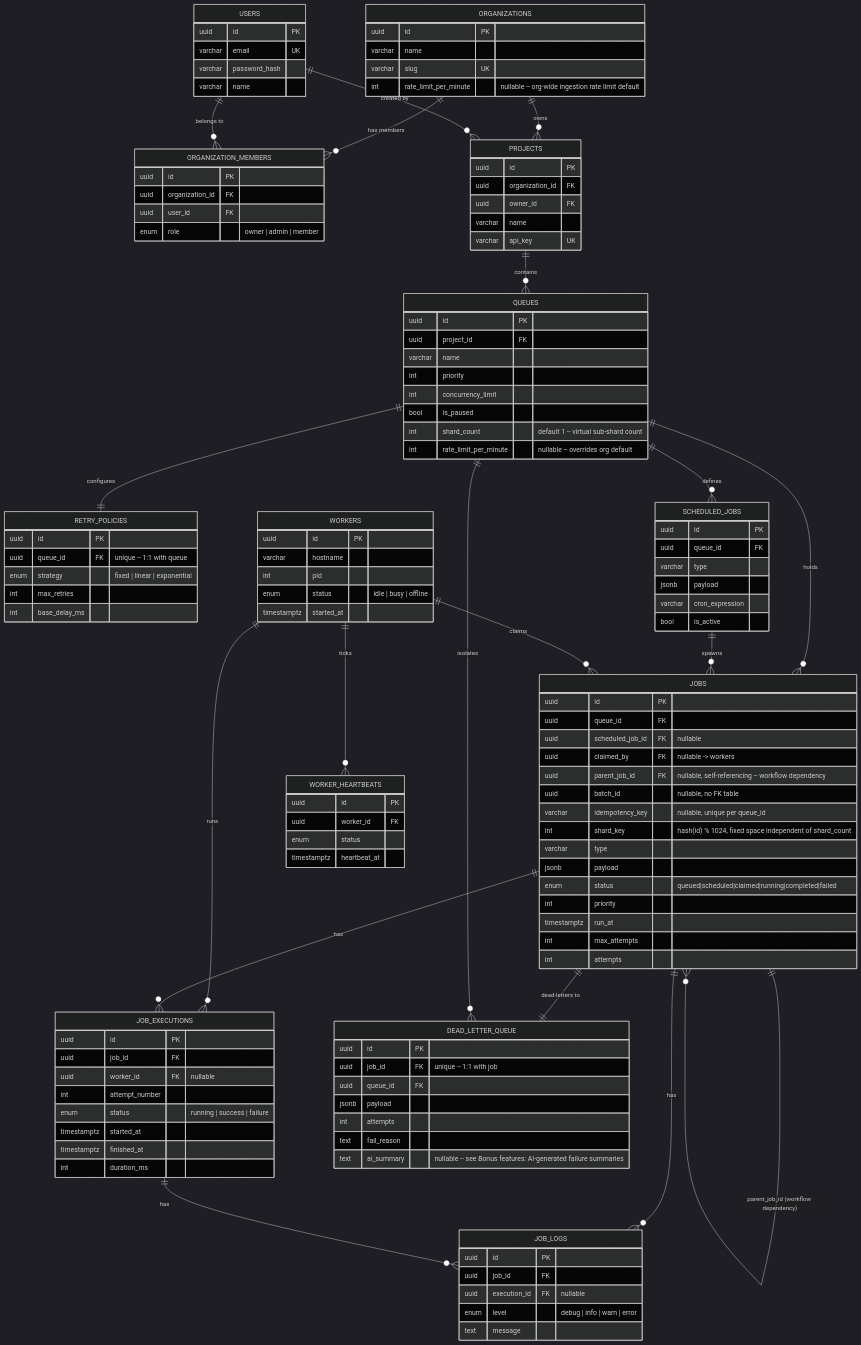
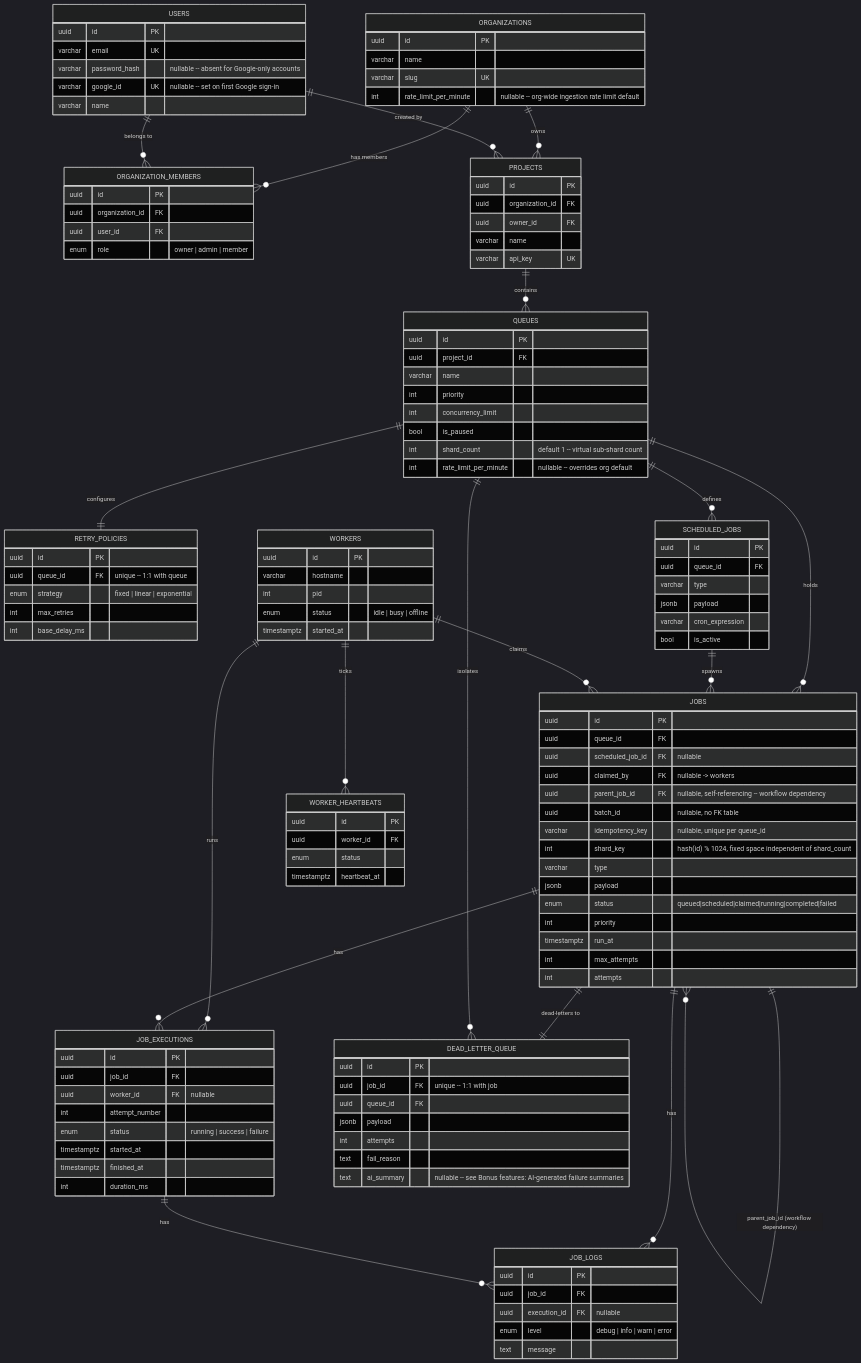
One commit to RachitGandhi13/jobScheduler changed the diagram in README.md. Above: the diagram before and after it, drawn with Mermaid (dark theme). The commit also changed other lines of this file and 16 other files, not shown here.

First line of the commit message:
Add Sign in with Google

```diff
--- a/README.md
+++ b/README.md
@@ -144,7 +144,8 @@
     USERS {
         uuid id PK
         varchar email UK
-        varchar password_hash
+        varchar password_hash "nullable -- absent for Google-only accounts"
+        varchar google_id UK "nullable -- set on first Google sign-in"
         varchar name
     }
     ORGANIZATION_MEMBERS {
```
